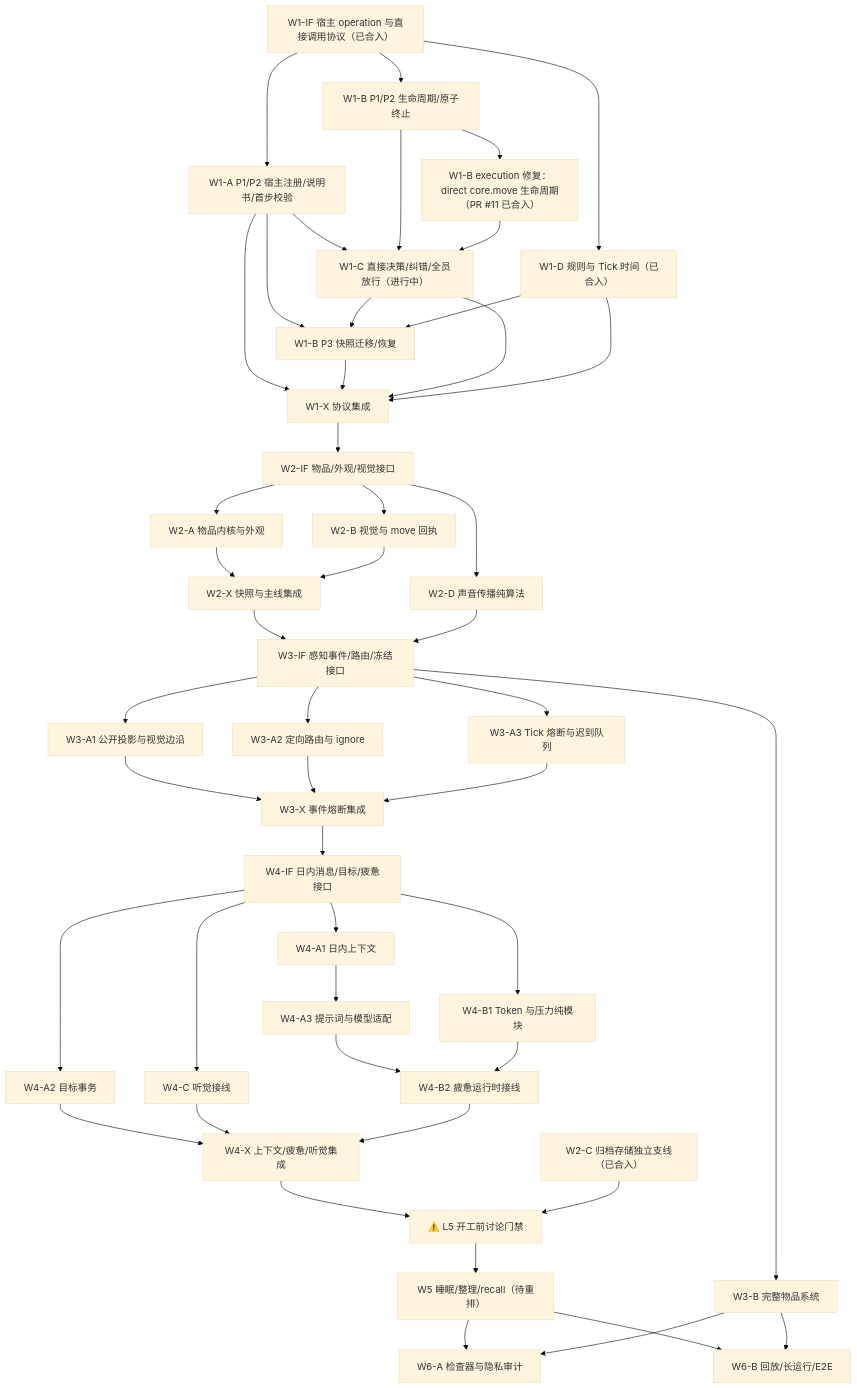
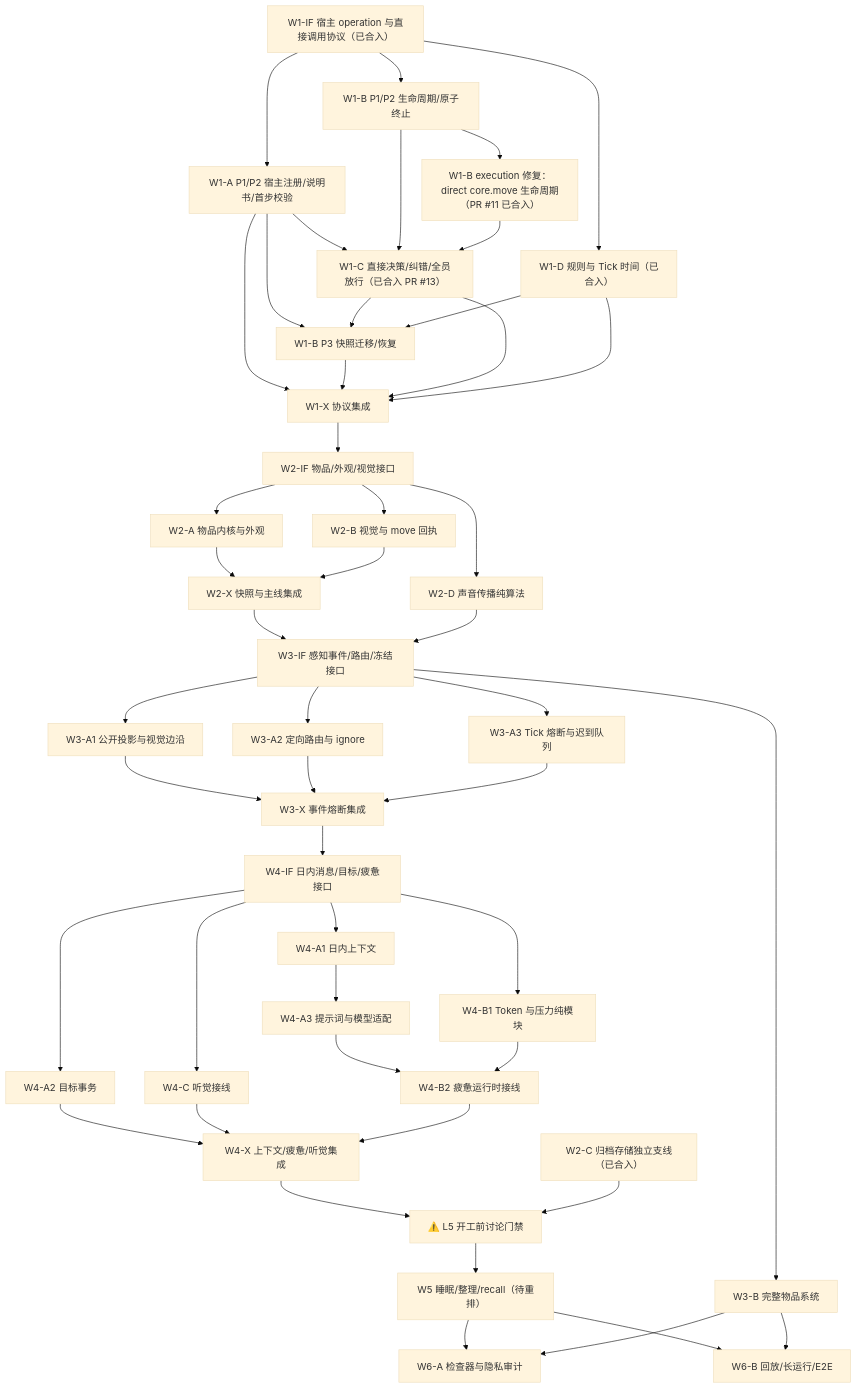
Before and after one commit to mitao-su/GodSimulation: the diagram in docs/architecture/character-context-parallel-waves.md, drawn with Mermaid (base theme). The commit also changed other lines of this file and 2 other files, not shown here.

````diff
--- a/docs/architecture/character-context-parallel-waves.md
+++ b/docs/architecture/character-context-parallel-waves.md
@@ -63,55 +63,55 @@
 ```mermaid
 flowchart TB
   W1IF["W1-IF 宿主 operation 与直接调用协议（已合入）"] --> W1A["W1-A P1/P2 宿主注册/说明书/首步校验"]
   W1IF --> W1B12["W1-B P1/P2 生命周期/原子终止"]
   W1IF --> W1D["W1-D 规则与 Tick 时间（已合入）"]
   W2C["W2-C 归档存储独立支线（已合入）"]
-  W1A --> W1C["W1-C 直接决策/纠错/全员放行（进行中）"]
+  W1A --> W1C["W1-C 直接决策/纠错/全员放行（已合入 PR #13）"]
   W1B12 --> W1C
   W1B12 --> MOVEFIX["W1-B execution 修复：direct core.move 生命周期（PR #11 已合入）"]
   MOVEFIX --> W1C
   W1A --> W1B3["W1-B P3 快照迁移/恢复"]
   W1C --> W1B3
   W1D --> W1B3
   W1A --> W1X["W1-X 协议集成"]
   W1B3 --> W1X
   W1C --> W1X
   W1D --> W1X
 
   W1X --> W2IF["W2-IF 物品/外观/视觉接口"]
   W2IF --> W2A["W2-A 物品内核与外观"]
   W2IF --> W2B["W2-B 视觉与 move 回执"]
   W2IF --> W2D["W2-D 声音传播纯算法"]
   W2A --> W2X["W2-X 快照与主线集成"]
   W2B --> W2X
 
   W2X --> W3IF["W3-IF 感知事件/路由/冻结接口"]
   W2D --> W3IF
   W3IF --> W3A1["W3-A1 公开投影与视觉边沿"]
   W3IF --> W3A2["W3-A2 定向路由与 ignore"]
   W3IF --> W3A3["W3-A3 Tick 熔断与迟到队列"]
   W3IF --> W3B["W3-B 完整物品系统"]
   W3A1 --> W3X["W3-X 事件熔断集成"]
   W3A2 --> W3X
   W3A3 --> W3X
 
   W3X --> W4IF["W4-IF 日内消息/目标/疲惫接口"]
   W4IF --> W4A1["W4-A1 日内上下文"]
   W4IF --> W4A2["W4-A2 目标事务"]
   W4IF --> W4B1["W4-B1 Token 与压力纯模块"]
   W4IF --> W4C["W4-C 听觉接线"]
   W4A1 --> W4A3["W4-A3 提示词与模型适配"]
   W4A3 --> W4B2["W4-B2 疲惫运行时接线"]
   W4B1 --> W4B2
   W4A2 --> W4X["W4-X 上下文/疲惫/听觉集成"]
   W4C --> W4X
   W4B2 --> W4X
 
   W4X --> L5GATE["⚠️ L5 开工前讨论门禁"]
   W2C --> L5GATE
   L5GATE --> W5["W5 睡眠/整理/recall（待重排）"]
   W5 --> W6A["W6-A 检查器与隐私审计"]
   W5 --> W6B["W6-B 回放/长运行/E2E"]
   W3B --> W6A
   W3B --> W6B
 ```
````
